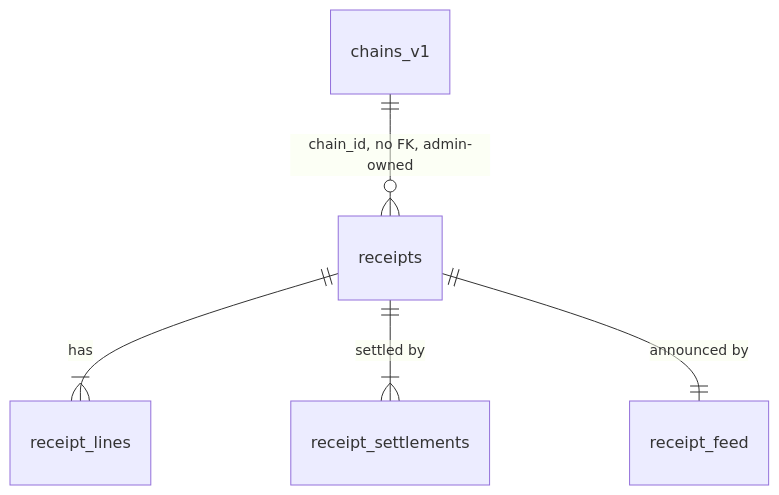
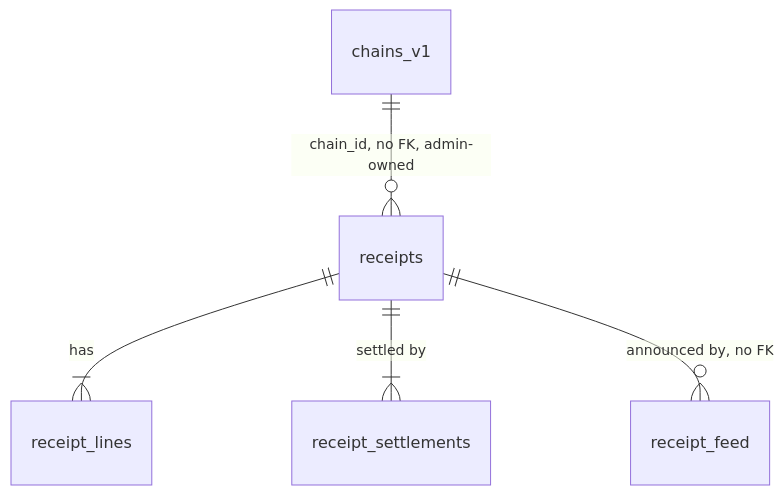
One commit to e1970180/grocery-tracker_retail-receipts-import changed the fourth of 4 diagrams in _bmad-output/initiative-receipts-import-mvp/architecture-receipts-import/architecture-receipts-import.md. Above: the diagram before and after it, drawn with Mermaid. The commit also changed other lines of this file and 5 other files, not shown here.

````diff
--- a/_bmad-output/initiative-receipts-import-mvp/architecture-receipts-import/architecture-receipts-import.md
+++ b/_bmad-output/initiative-receipts-import-mvp/architecture-receipts-import/architecture-receipts-import.md
@@ -300,7 +300,7 @@
 ```mermaid
 erDiagram
   receipts ||--|{ receipt_lines : has
   receipts ||--|{ receipt_settlements : "settled by"
-  receipts ||--|| receipt_feed : "announced by"
+  receipts ||--o{ receipt_feed : "announced by, no FK"
   chains_v1 ||--o{ receipts : "chain_id, no FK, admin-owned"
 ```
````
